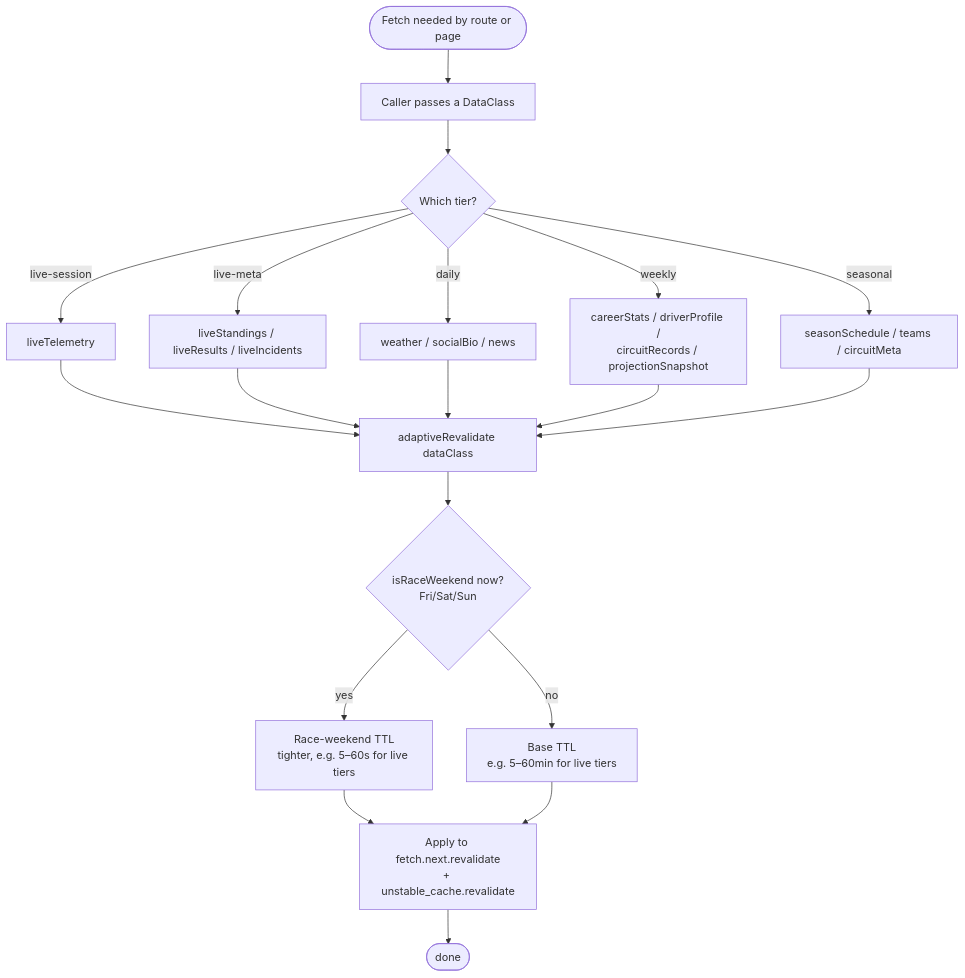
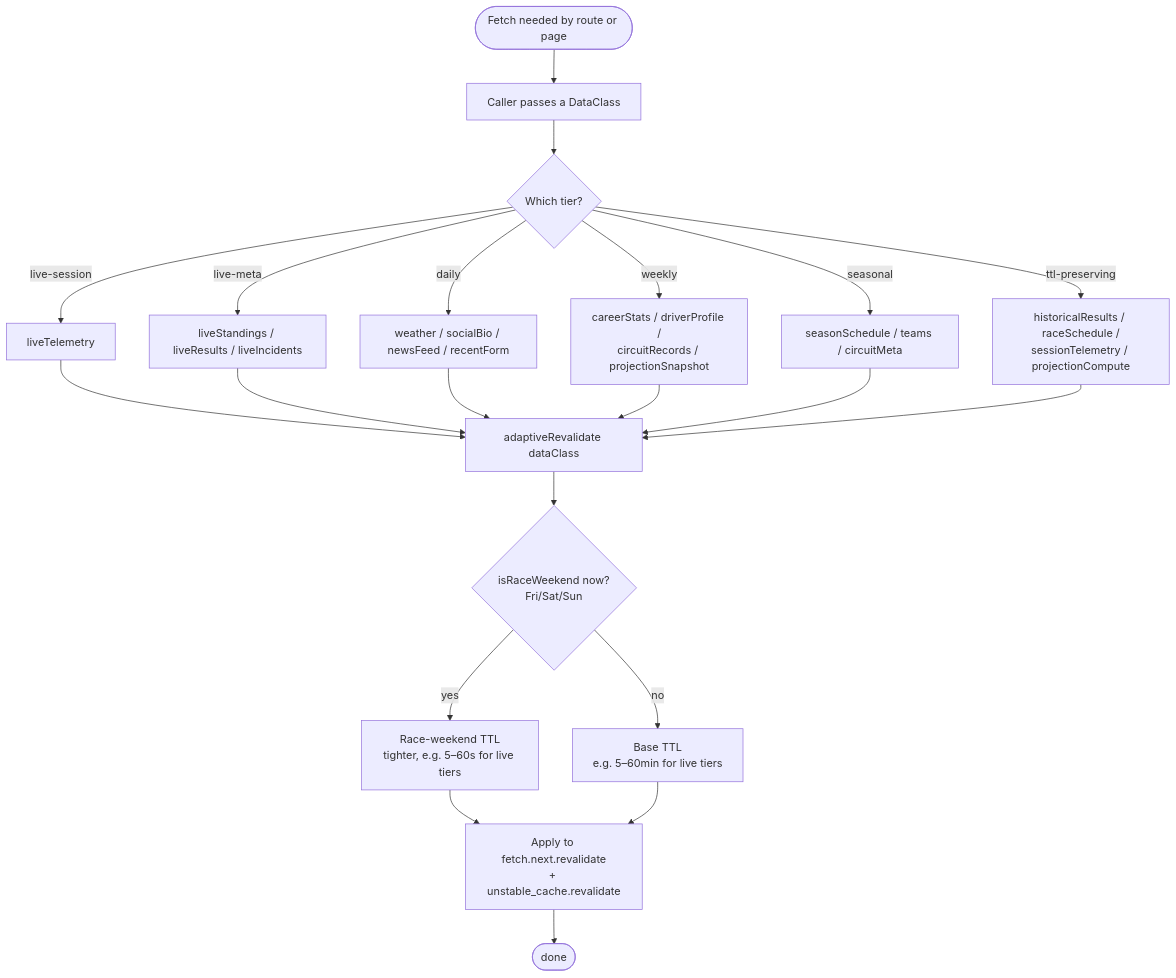
Before and after one commit to testpilott/f1_dashboard: the diagram in onboarding/diagrams/mermaid/caching-decision.md, drawn with Mermaid. The commit also changed 107 other files, not shown here.

````diff
--- a/onboarding/diagrams/mermaid/caching-decision.md
+++ b/onboarding/diagrams/mermaid/caching-decision.md
@@ -5,26 +5,28 @@
 ```mermaid
 flowchart TD
     Start([Fetch needed by route or page])
     Start --> Class[Caller passes a DataClass]
     Class --> Which{Which tier?}
 
     Which -- live-session --> T1[liveTelemetry]
     Which -- live-meta --> T2[liveStandings / liveResults / liveIncidents]
-    Which -- daily --> T3[weather / socialBio / news]
+    Which -- daily --> T3[weather / socialBio / newsFeed / recentForm]
     Which -- weekly --> T4[careerStats / driverProfile /<br/>circuitRecords / projectionSnapshot]
     Which -- seasonal --> T5[seasonSchedule / teams / circuitMeta]
+    Which -- ttl-preserving --> T6[historicalResults / raceSchedule /<br/>sessionTelemetry / projectionCompute]
 
     T1 --> Adapt[adaptiveRevalidate dataClass]
     T2 --> Adapt
     T3 --> Adapt
     T4 --> Adapt
     T5 --> Adapt
+    T6 --> Adapt
 
     Adapt --> Weekend{isRaceWeekend now?<br/>Fri/Sat/Sun}
     Weekend -- yes --> TTLA[Race-weekend TTL<br/>tighter, e.g. 5–60s for live tiers]
     Weekend -- no --> TTLB[Base TTL<br/>e.g. 5–60min for live tiers]
 
     TTLA --> Apply[Apply to fetch.next.revalidate<br/>+ unstable_cache.revalidate]
     TTLB --> Apply
     Apply --> Stop([done])
 ```
````
